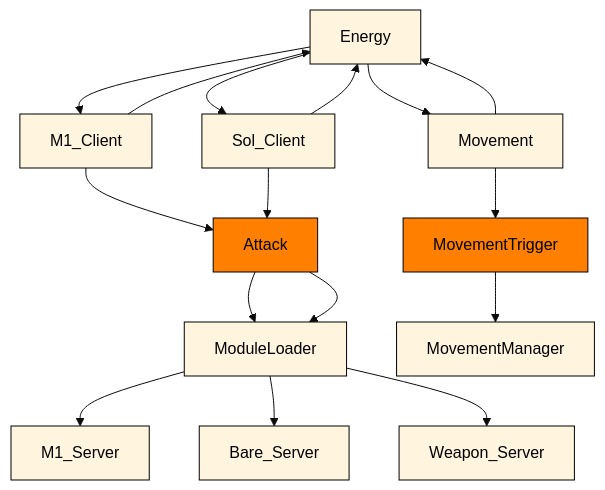
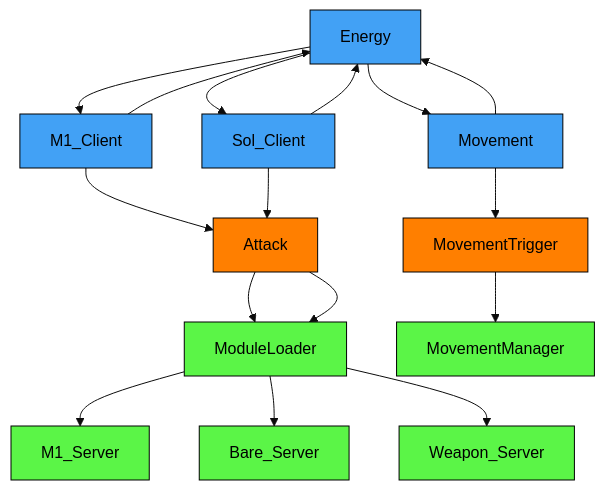
One commit to altair5607249/Crusaders-Game changed the diagram in README.md. Above: the diagram before and after it, drawn with Mermaid (base theme).

````diff
--- a/README.md
+++ b/README.md
@@ -21,21 +21,21 @@
 ```mermaid
 graph TD;
 
-  classDef serverNode fill:##5bf547,stroke:#000000,color:#000000
-  classDef clientNode fill:##42a1f5,stroke:#000000,color:#000000
+  classDef serverNode fill:#5bf547,stroke:#000000,color:#000000
+  classDef clientNode fill:#42a1f5,stroke:#000000,color:#000000
   classDef remoteEvent fill:#FF7F00,stroke:#000000,color:#000000
 
   Energy-->M1_Client-->Energy;
   Energy-->Sol_Client-->Energy;
   Energy-->Movement-->Energy;
   M1_Client-->Attack-->ModuleLoader;
   Sol_Client-->Attack-->ModuleLoader;
   Movement-->MovementTrigger-->MovementManager;
   ModuleLoader-->M1_Server;
   ModuleLoader-->Bare_Server;
   ModuleLoader-->Weapon_Server;
 
   class ModuleLoader,M1_Server,Bare_Server,Weapon_Server,MovementManager serverNode;
   class Energy,M1_Client,Sol_Client,Movement clientNode;
   class Attack,MovementTrigger remoteEvent;
 ```  
````
